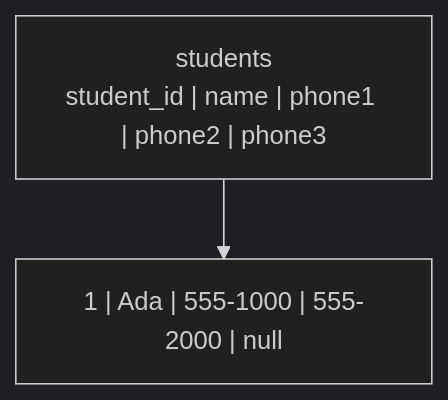
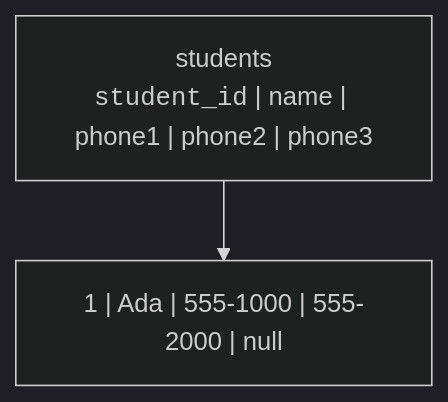
The third of 6 diagrams in content/learn/database-design-postgresql/first-normal-form.mdx (dataslope/dataslope), drawn with Mermaid (dark theme) before and after one commit. The commit also changed other lines of this file and 153 other files, not shown here.

First line of the commit message:
Render code-only mermaid shapes in monospace; convert step sequences to Steps

````diff
--- a/content/learn/database-design-postgresql/first-normal-form.mdx
+++ b/content/learn/database-design-postgresql/first-normal-form.mdx
@@ -57,5 +57,5 @@
 ```mermaid
 flowchart TB
-    S["students<br/>student_id | name | phone1 | phone2 | phone3"]
+    S["students<br/><code>student_id</code> | name | phone1 | phone2 | phone3"]
     S --> R["1 | Ada | 555-1000 | 555-2000 | null"]
 ```
````
